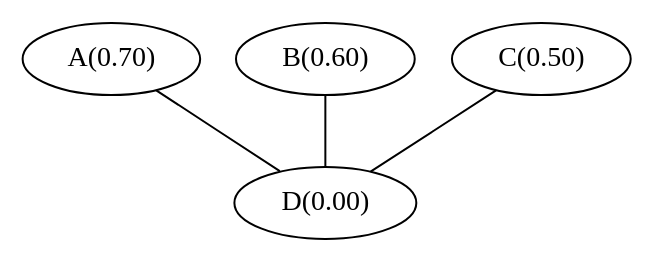
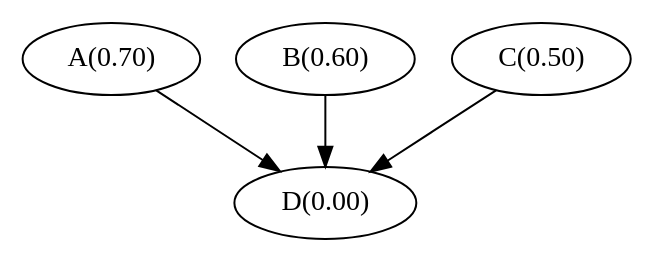
Before and after one commit to rlch/tutero-assignment: the diagram in runner/cases/multiple_root_at_same_level.dot, drawn with Graphviz. The commit also changed 16 other files, not shown here.

```diff
--- a/runner/cases/multiple_root_at_same_level.dot
+++ b/runner/cases/multiple_root_at_same_level.dot
@@ -1,23 +1,23 @@
 
-strict graph multiple_root_at_same_level {
+strict digraph multiple_root_at_same_level {
 
 	// Node definitions.
 
 	"A(0.70)";
 
 	"D(0.00)";
 
 	"B(0.60)";
 
 	"C(0.50)";
 
 
 	// Edge definitions.
 
-	"A(0.70)" -- "D(0.00)";
+	"A(0.70)" -> "D(0.00)";
 
-	"B(0.60)" -- "D(0.00)";
+	"B(0.60)" -> "D(0.00)";
 
-	"C(0.50)" -- "D(0.00)";
+	"C(0.50)" -> "D(0.00)";
 
 }
```
